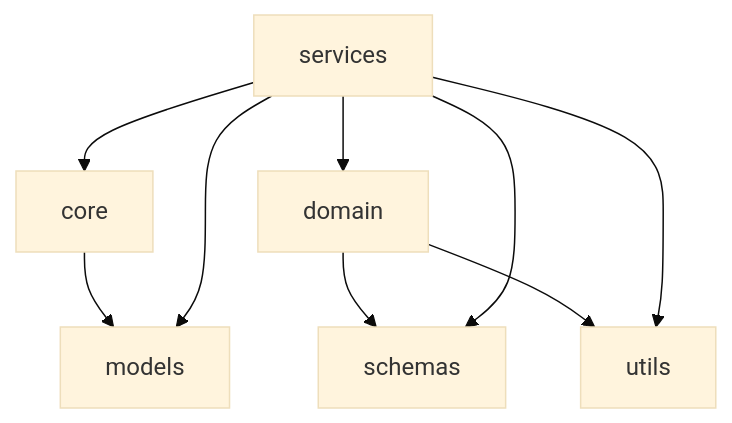
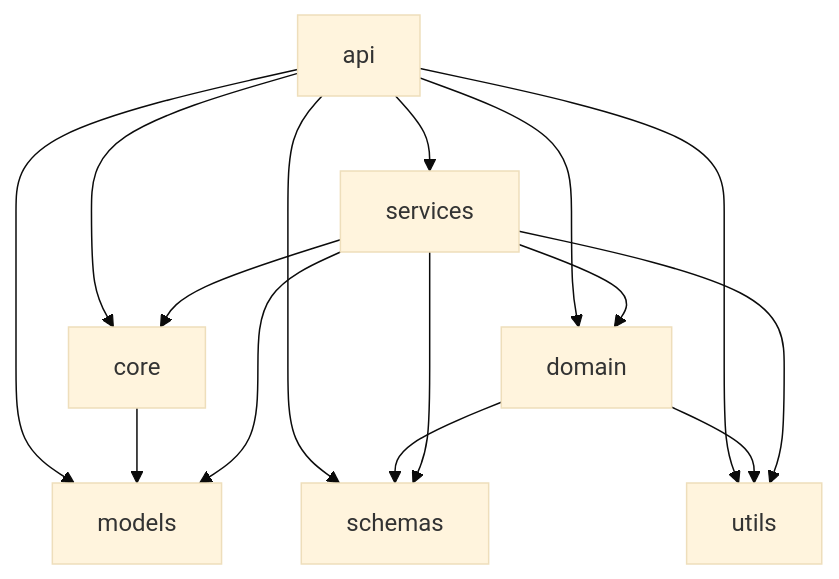
The diagram in backend/docs/ARCHITECTURE.md (chams-eddine/predaiot-platform), drawn with Mermaid (base theme) before and after one commit. The commit also changed other lines of this file and 1 other file, not shown here.

````diff
--- a/backend/docs/ARCHITECTURE.md
+++ b/backend/docs/ARCHITECTURE.md
@@ -7,11 +7,17 @@
 ```mermaid
 graph TD
+    api --> core
+    api --> domain
+    api --> models
+    api --> schemas
+    api --> services
+    api --> utils
     core --> models
     domain --> schemas
     domain --> utils
     services --> core
     services --> domain
     services --> models
     services --> schemas
     services --> utils
 ```
````
